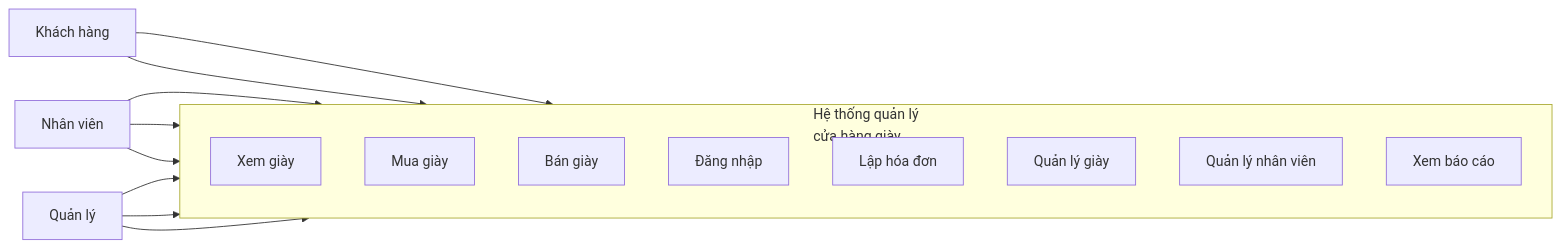
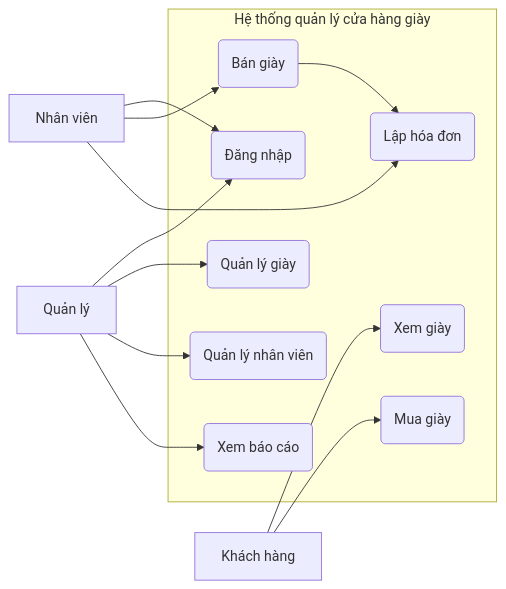
One commit to 0023413684-crypto/quan-ly-cua-hang-giay changed the diagram in README.md. Above: the diagram before and after it, drawn with Mermaid.

````diff
--- a/README.md
+++ b/README.md
@@ -1,37 +1,33 @@
 ```mermaid
 flowchart LR
-    %% Actor
     KH[Khách hàng]
     NV[Nhân viên]
     QL[Quản lý]
 
-    %% System
-    subgraph HT["Hệ thống quản lý<br/>cửa hàng giày"]
-        direction TB
-
-        XemGiay[Xem giày]
-        MuaGiay[Mua giày]
-
-        BanGiay[Bán giày]
-        DangNhap[Đăng nhập]
-        LapHoaDon[Lập hóa đơn]
-
-        QuanLyGiay[Quản lý giày]
-        QuanLyNV[Quản lý nhân viên]
-        XemBaoCao[Xem báo cáo]
+    subgraph HT[Hệ thống quản lý cửa hàng giày]
+        UC1(Đăng nhập)
+        UC2(Xem giày)
+        UC3(Mua giày)
+        UC4(Bán giày)
+        UC5(Lập hóa đơn)
+        UC6(Quản lý giày)
+        UC7(Quản lý nhân viên)
+        UC8(Xem báo cáo)
     end
 
-    %% Khách hàng
-    KH --> XemGiay
-    KH --> MuaGiay
+    KH --> UC2
+    KH --> UC3
 
-    %% Nhân viên
-    NV --> BanGiay
-    NV --> DangNhap
-    NV --> LapHoaDon
+    NV --> UC1
+    NV --> UC4
+    NV --> UC5
 
-    %% Quản lý
-    QL --> QuanLyGiay
-    QL --> QuanLyNV
-    QL --> XemBaoCao
+    QL --> UC1
+    QL --> UC6
+    QL --> UC7
+    QL --> UC8
+
+
+
+    UC4 --> UC5
 ```
````
